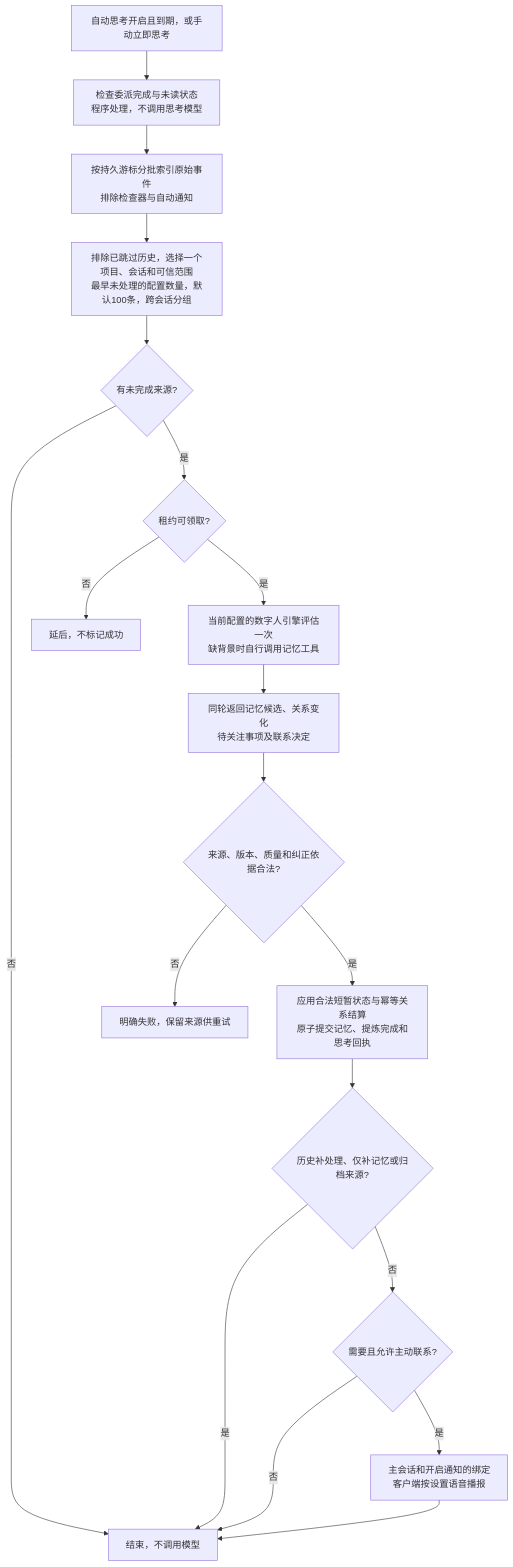
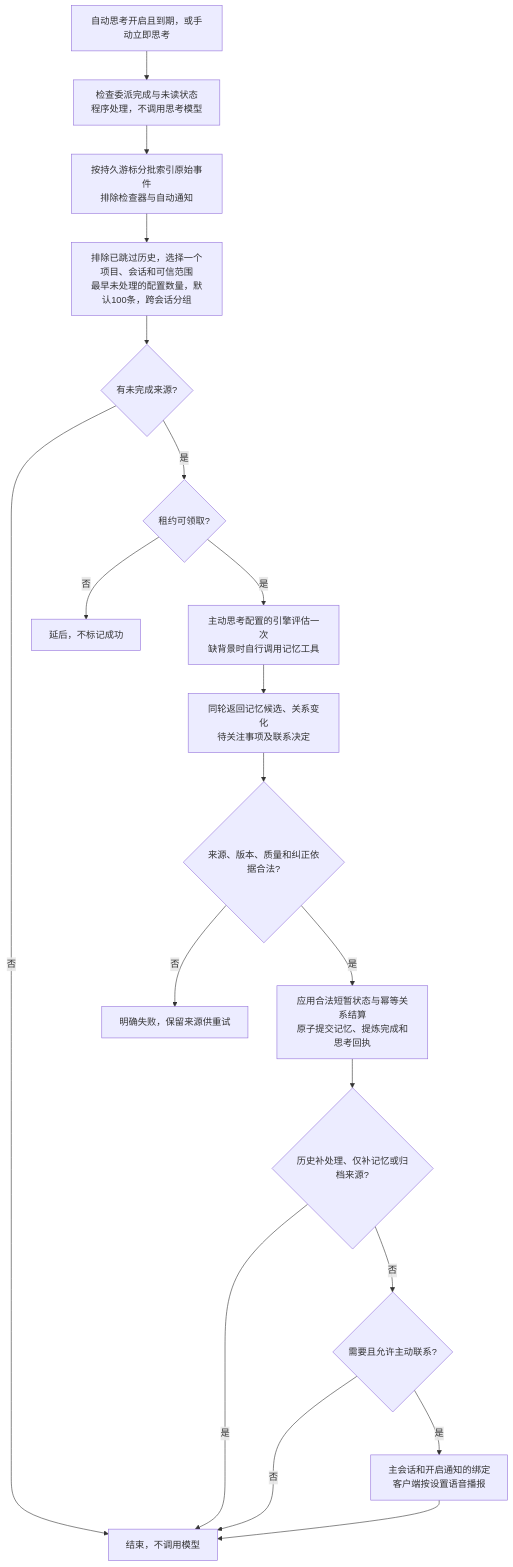
Before and after one commit to xzregg/workstep: the diagram in docs/digital-person-companion.md, drawn with Mermaid. The commit also changed other lines of this file and 503 other files, not shown here.

````diff
--- a/docs/digital-person-companion.md
+++ b/docs/digital-person-companion.md
@@ -31,21 +39,21 @@
 ```mermaid
 flowchart TD
   A[自动思考开启且到期，或手动立即思考] --> D[检查委派完成与未读状态<br/>程序处理，不调用思考模型]
   D --> C[按持久游标分批索引原始事件<br/>排除检查器与自动通知]
   C --> Q[排除已跳过历史，选择一个项目、会话和可信范围<br/>最早未处理的配置数量，默认100条，跨会话分组]
   Q --> N{有未完成来源?}
   N -->|否| E[结束，不调用模型]
   N -->|是| F{租约可领取?}
   F -->|否| W[延后，不标记成功]
-  F -->|是| G[当前配置的数字人引擎评估一次<br/>缺背景时自行调用记忆工具]
+  F -->|是| G[主动思考配置的引擎评估一次<br/>缺背景时自行调用记忆工具]
   G --> H[同轮返回记忆候选、关系变化<br/>待关注事项及联系决定]
   H --> V{来源、版本、质量和纠正依据合法?}
   V -->|否| R[明确失败，保留来源供重试]
   V -->|是| S[应用合法短暂状态与幂等关系结算<br/>原子提交记忆、提炼完成和思考回执]
   S --> I{历史补处理、仅补记忆或归档来源?}
   I -->|是| E
   I -->|否| K{需要且允许主动联系?}
   K -->|否| E
   K -->|是| L[主会话和开启通知的绑定<br/>客户端按设置语音播报]
   L --> E
 ```
````
